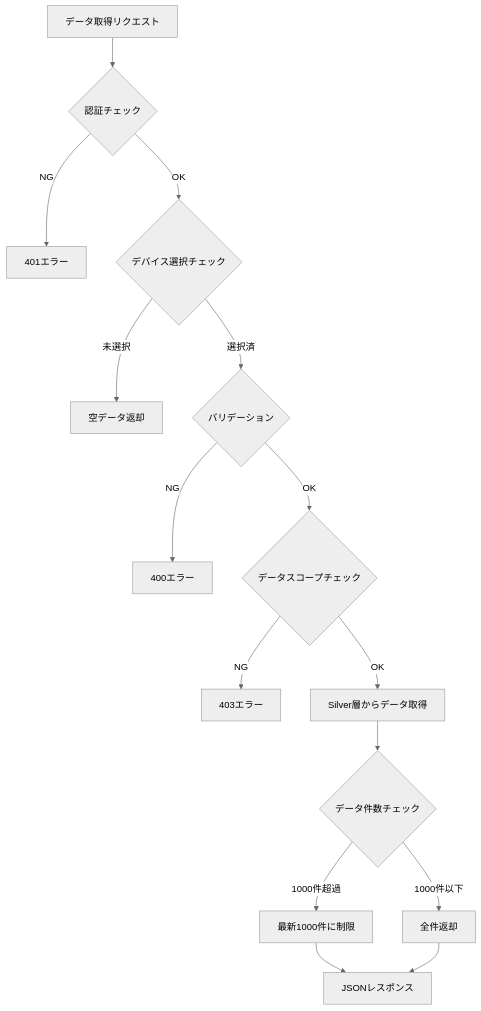
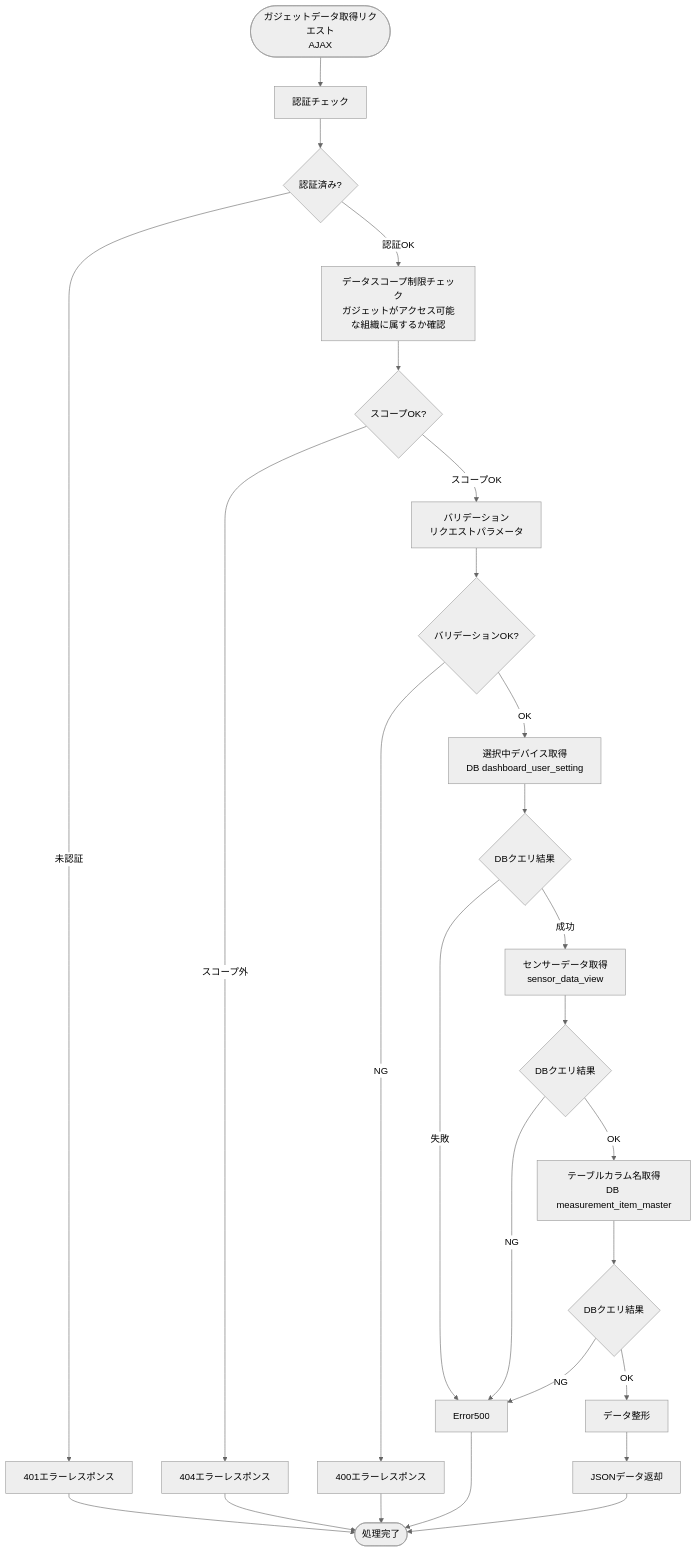
Before and after one commit to NSW-SVCP-AIWG002/Databricks-IoT: the first of 4 diagrams in docs/03-features/flask-app/customer-dashboard/grid/workflow-specification.md, drawn with Mermaid (neutral theme). The commit also changed other lines of this file and 2 other files, not shown here.

````diff
--- a/docs/03-features/flask-app/customer-dashboard/grid/workflow-specification.md
+++ b/docs/03-features/flask-app/customer-dashboard/grid/workflow-specification.md
@@ -46,17 +166,35 @@
 ```mermaid
 flowchart TD
-    A[データ取得リクエスト] --> B{認証チェック}
-    B -->|NG| C[401エラー]
-    B -->|OK| D{デバイス選択チェック}
-    D -->|未選択| E[空データ返却]
-    D -->|選択済| F{バリデーション}
-    F -->|NG| G[400エラー]
-    F -->|OK| H{データスコープチェック}
-    H -->|NG| I[403エラー]
-    H -->|OK| J[Silver層からデータ取得]
-    J --> K{データ件数チェック}
-    K -->|1000件超過| L[最新1000件に制限]
-    K -->|1000件以下| M[全件返却]
-    L --> N[JSONレスポンス]
-    M --> N
+    Start([ガジェットデータ取得リクエスト<br>AJAX]) --> Auth[認証チェック]
+    Auth --> CheckAuth{認証済み?}
+    CheckAuth -->|未認証| Error401[401エラーレスポンス]
+    CheckAuth -->|認証OK| Scope[データスコープ制限チェック<br>ガジェットがアクセス可能な組織に属するか確認]
+
+    Scope --> CheckScope{スコープOK?}
+    CheckScope -->|スコープ外| Error404[404エラーレスポンス]
+    CheckScope -->|スコープOK| Validate[バリデーション<br>リクエストパラメータ]
+
+    Validate --> CheckValidate{バリデーションOK?}
+    CheckValidate -->|NG| Error400[400エラーレスポンス]
+    CheckValidate -->|OK| DeviceQuery[選択中デバイス取得<br>DB dashboard_user_setting]
+
+    DeviceQuery --> CheckDeviceQuery{DBクエリ結果}
+    CheckDeviceQuery -->|失敗| Error500
+    CheckDeviceQuery -->|成功| SilverQuery[センサーデータ取得<br>sensor_data_view]
+
+    SilverQuery --> CheckSilverQuery{DBクエリ結果}
+    CheckSilverQuery -->|NG| Error500
+    CheckSilverQuery -->|OK| ColumnNameQuery[テーブルカラム名取得<br>DB measurement_item_master]
+
+    ColumnNameQuery --> CheckColumnNameQuery{DBクエリ結果}
+    CheckColumnNameQuery -->|NG| Error500
+    CheckColumnNameQuery -->|OK| Format[データ整形]
+
+    Format --> ReturnData[JSONデータ返却]
+
+    Error401 --> End([処理完了])
+    Error404 --> End
+    Error400 --> End
+    Error500 --> End
+    ReturnData --> End
 ```
````
